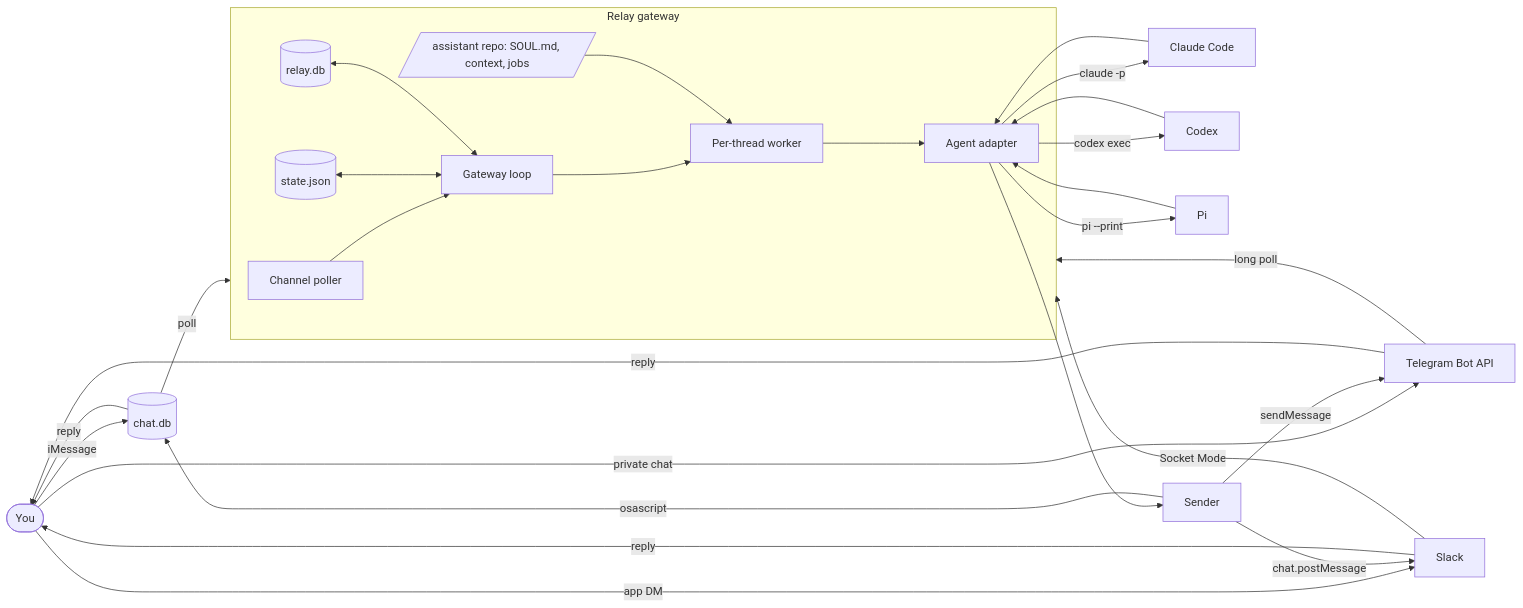
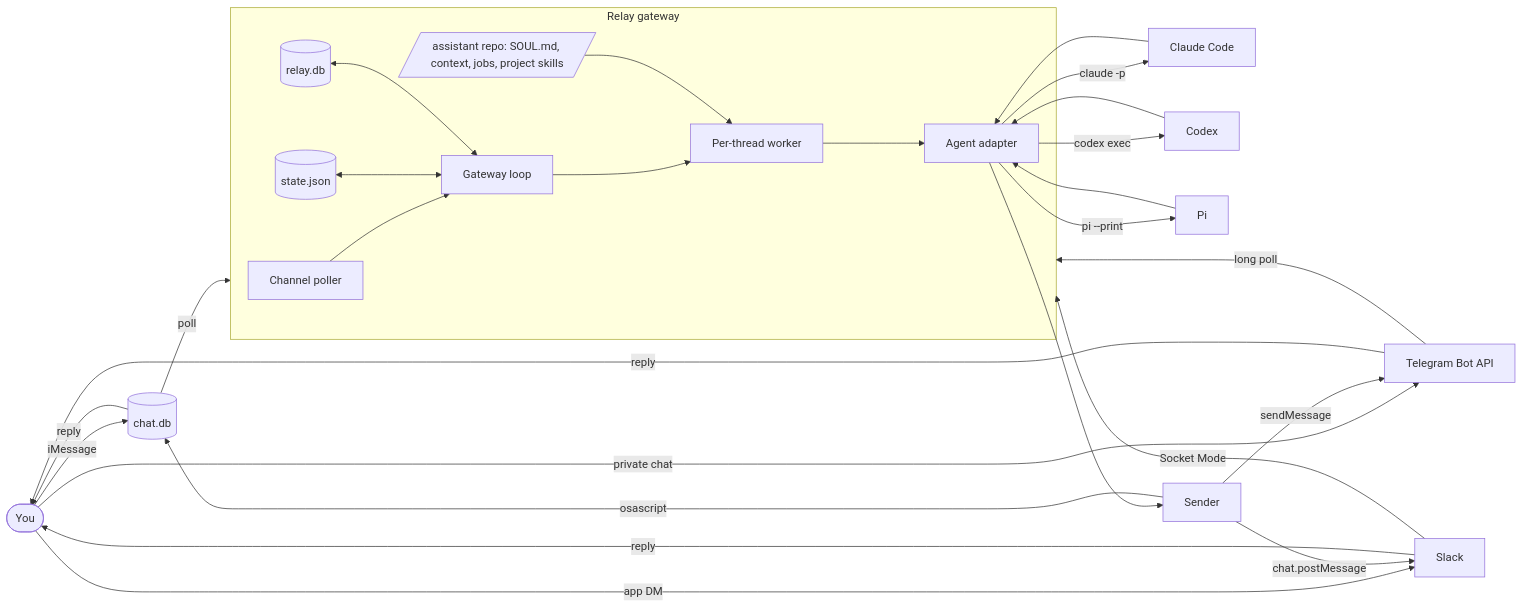
One commit to edheltzel/Relay changed the first of 2 diagrams in docs/architecture.md. Above: the diagram before and after it, drawn with Mermaid. The commit also changed other lines of this file and 11 other files, not shown here.

````diff
--- a/docs/architecture.md
+++ b/docs/architecture.md
@@ -64,30 +65,30 @@
 ```mermaid
 flowchart LR
     user([You]) -->|iMessage| db[(chat.db)]
     user -->|private chat| tg[Telegram Bot API]
     user -->|app DM| slack[Slack]
     db -->|poll| relay
     tg -->|long poll| relay
     slack -->|Socket Mode| relay
     subgraph relay[Relay gateway]
         poller[Channel poller] --> gateway[Gateway loop]
         gateway --> worker[Per-thread worker]
         store[(state.json)] <--> gateway
         history[(relay.db)] <--> gateway
-        assistant[/assistant repo: SOUL.md, context, jobs/] --> worker
+        assistant[/assistant repo: SOUL.md, context, jobs, project skills/] --> worker
         worker --> adapter[Agent adapter]
     end
     adapter -->|claude -p| claude[Claude Code]
     adapter -->|codex exec| codex[Codex]
     adapter -->|pi --print| pi[Pi]
     claude --> adapter
     codex --> adapter
     pi --> adapter
     adapter --> sender[Sender]
     sender -->|osascript| db
     sender -->|sendMessage| tg
     sender -->|chat.postMessage| slack
     db -->|reply| user
     tg -->|reply| user
     slack -->|reply| user
 ```
````
